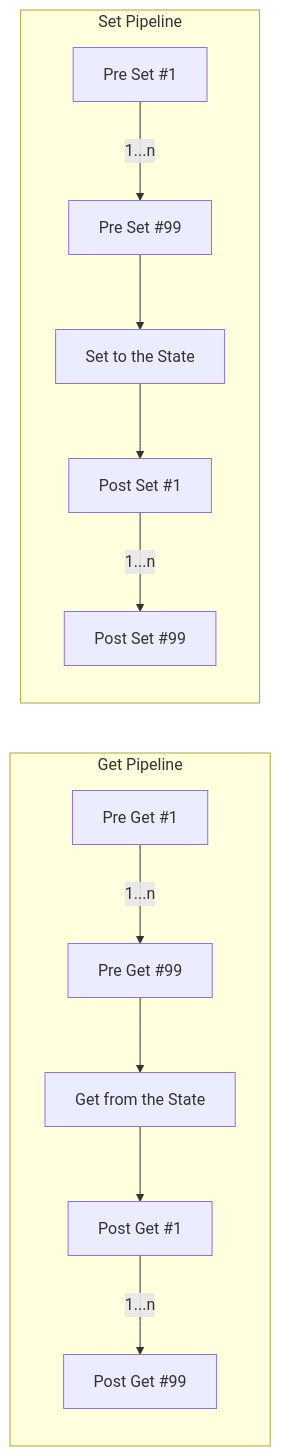
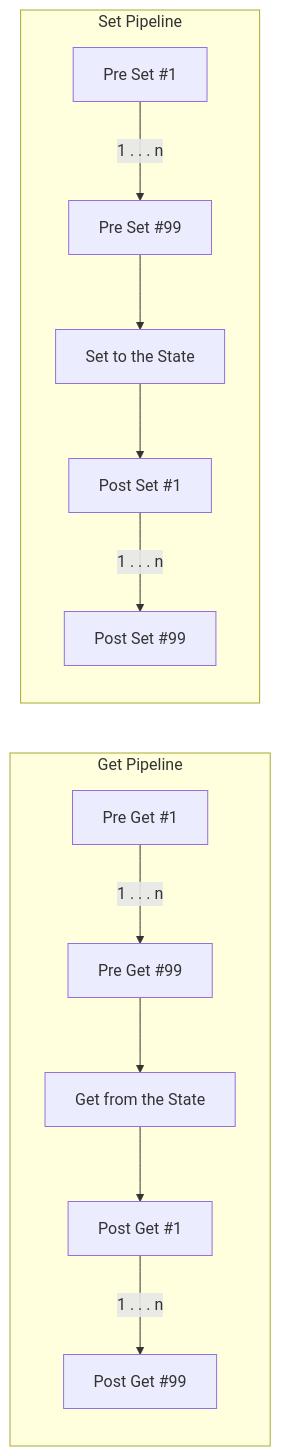
One commit to raptor-ml/docs changed the second of 2 diagrams in docs/reference/spec.md. Above: the diagram before and after it, drawn with Mermaid. The commit also changed other lines of this file and 63 other files, not shown here.

````diff
--- a/docs/reference/spec.md
+++ b/docs/reference/spec.md
@@ -191,9 +227,9 @@
 ```mermaid
 graph LR
-  subgraph Get Pipeline
-    PreG["Pre Get #1"] -- 1...n --> PreG99["Pre Get #99"] --> Get[Get from the State] --> PostG["Post Get #1"] -- 1...n --> PostG99["Post Get #99"]
-  end
-  subgraph Set Pipeline
-    PreS["Pre Set #1"] -- 1...n --> PreS99["Pre Set #99"] --> Set[Set to the State] --> PostS["Post Set #1"] -- 1...n --> PostS99["Post Set #99"]
-  end
+    subgraph Get Pipeline
+        PreG["Pre Get #1"] -- 1 . . . n --> PreG99["Pre Get #99"] --> Get[Get from the State] --> PostG["Post Get #1"] -- 1 . . . n --> PostG99["Post Get #99"]
+    end
+    subgraph Set Pipeline
+        PreS["Pre Set #1"] -- 1 . . . n --> PreS99["Pre Set #99"] --> Set[Set to the State] --> PostS["Post Set #1"] -- 1 . . . n --> PostS99["Post Set #99"]
+    end
 ```
````
